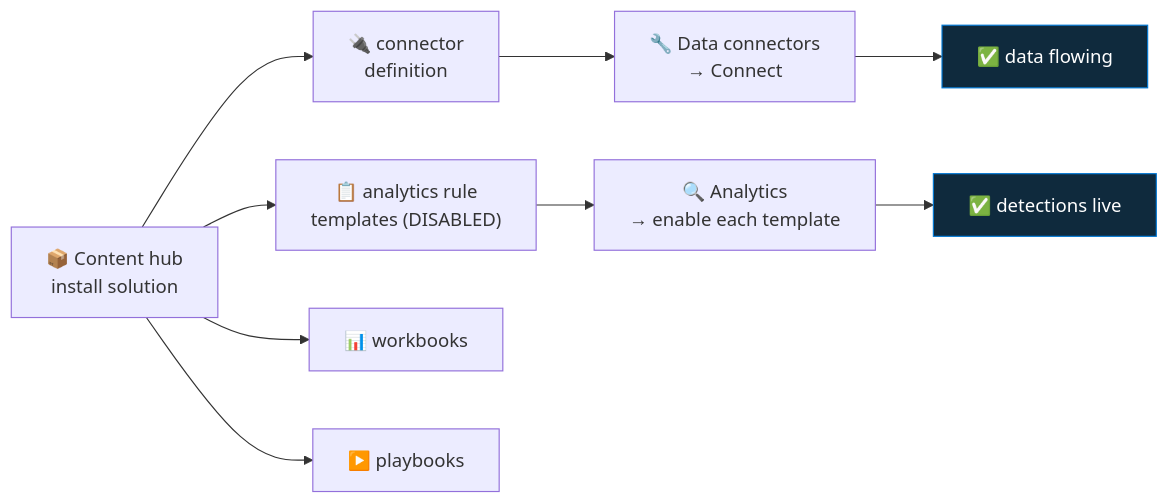
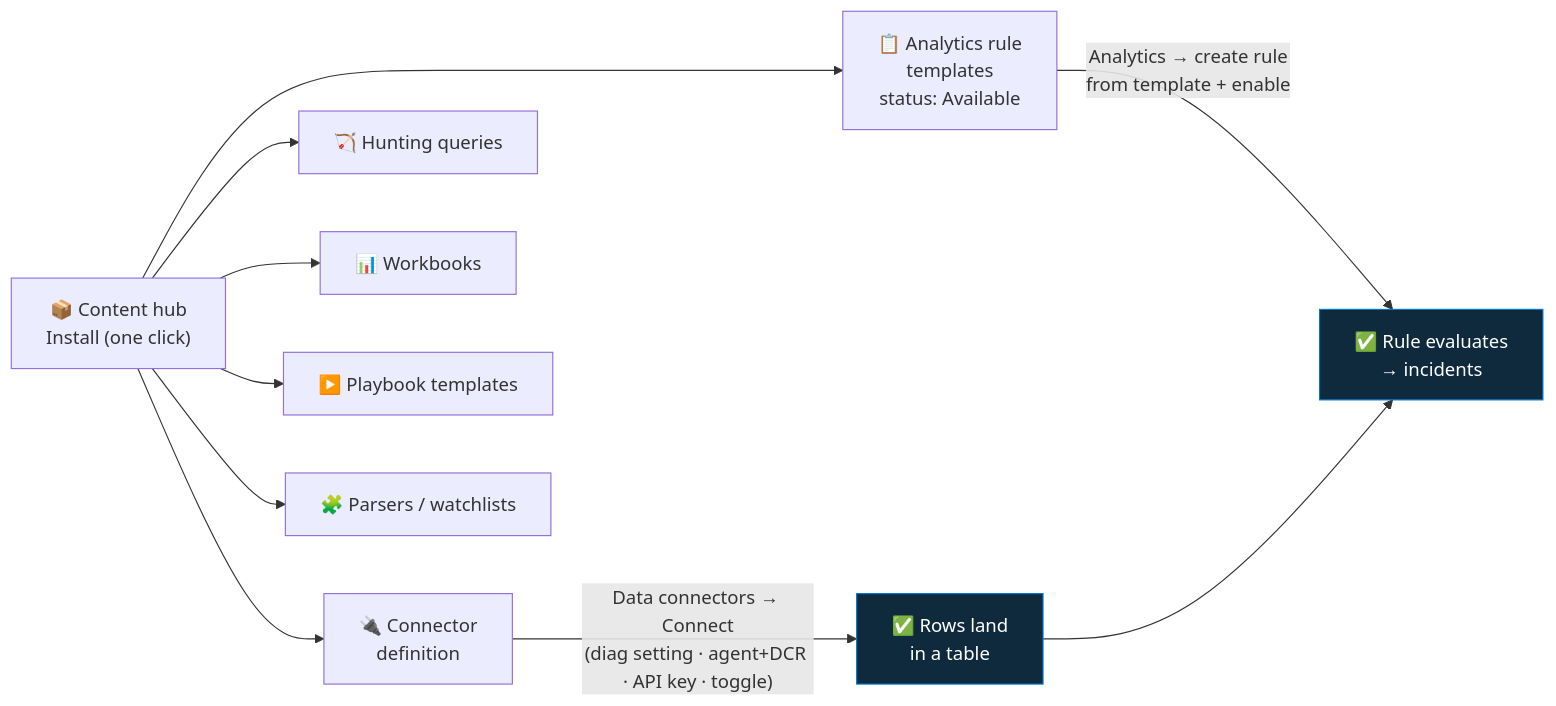
One commit to Tarun2000AD/microsoft-sentinel-live-learning changed the diagram in 07-connectors-and-content-hub/README.md. Above: the diagram before and after it, drawn with Mermaid. The commit also changed other lines of this file, not shown here.

First line of the commit message:
Deepen step 07 (connectors & Content hub): install/connect/enable mechanics, ARM internals, troubleshooting

````diff
--- a/07-connectors-and-content-hub/README.md
+++ b/07-connectors-and-content-hub/README.md
@@ -35,13 +79,14 @@
 ```mermaid
 flowchart LR
-    CH["📦 Content hub<br/>install solution"] --> A["🔌 connector<br/>definition"]
-    CH --> B["📋 analytics rule<br/>templates (DISABLED)"]
-    CH --> C["📊 workbooks"]
-    CH --> D["▶️ playbooks"]
-    A --> DC["🔧 Data connectors<br/>→ Connect"]
-    DC --> E["✅ data flowing"]
-    B --> AN["🔍 Analytics<br/>→ enable each template"]
-    AN --> F["✅ detections live"]
-    style E fill:#0f2a3d,stroke:#0078D4,color:#fff
-    style F fill:#0f2a3d,stroke:#0078D4,color:#fff
+    CH["📦 Content hub<br/>Install (one click)"] --> CD["🔌 Connector<br/>definition"]
+    CH --> RT["📋 Analytics rule<br/>templates<br/>status: Available"]
+    CH --> HQ["🏹 Hunting queries"]
+    CH --> WB["📊 Workbooks"]
+    CH --> PB["▶️ Playbook templates"]
+    CH --> PR["🧩 Parsers / watchlists"]
+    CD -->|"Data connectors → Connect<br/>(diag setting · agent+DCR · API key · toggle)"| DATA["✅ Rows land<br/>in a table"]
+    RT -->|"Analytics → create rule<br/>from template + enable"| DET["✅ Rule evaluates<br/>→ incidents"]
+    DATA --> DET
+    style DATA fill:#0f2a3d,stroke:#0078D4,color:#fff
+    style DET fill:#0f2a3d,stroke:#0078D4,color:#fff
 ```
````
